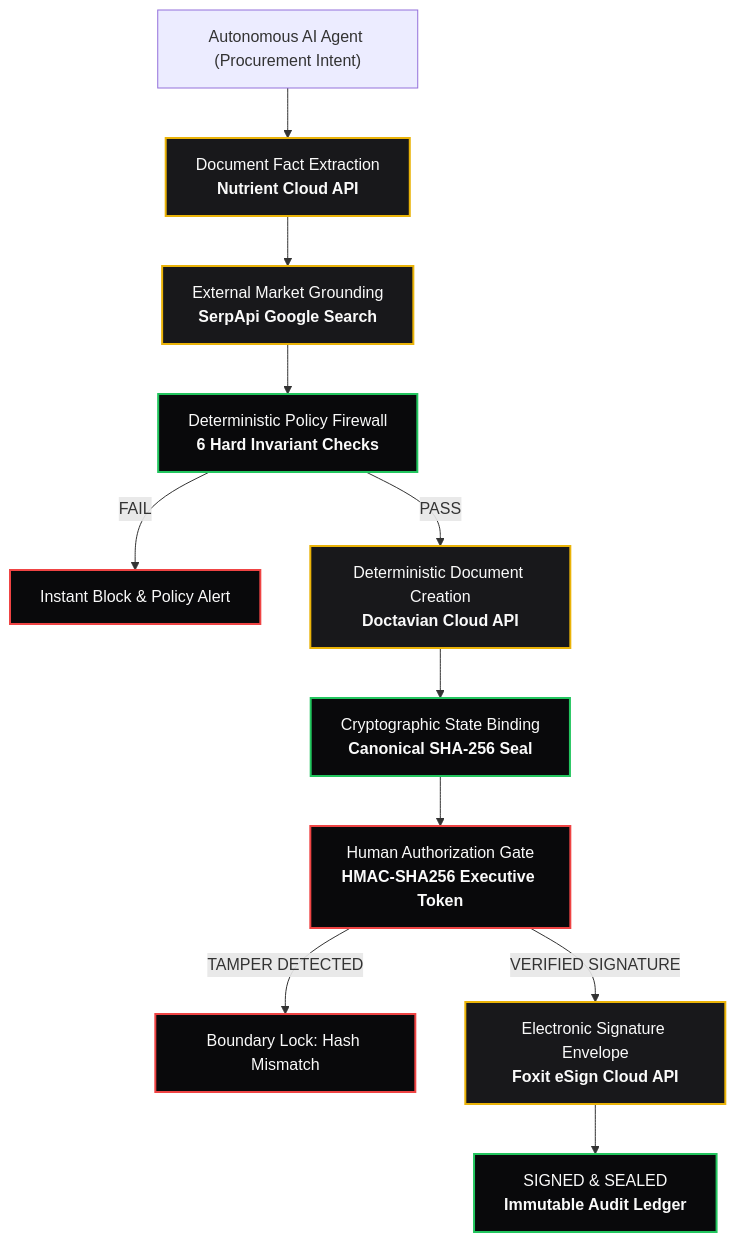
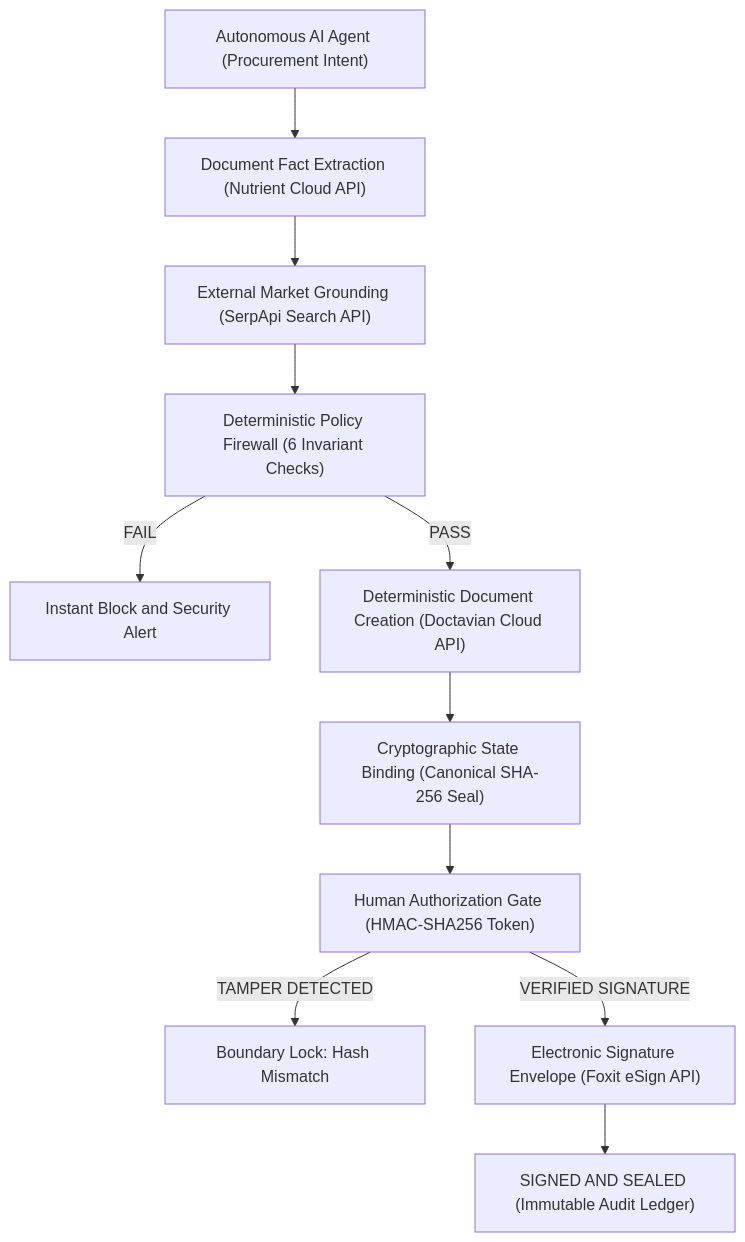
One commit to codertoji-spec/SOVEREIGNGUARD changed the diagram in README.md. Above: the diagram before and after it, drawn with Mermaid.

Commit message:
fix(docs): fix Mermaid diagram syntax for GitHub rendering compatibility

````diff
--- a/README.md
+++ b/README.md
@@ -69,21 +69,17 @@
 ```mermaid
 flowchart TD
-    classDef sponsor fill:#18181b,stroke:#eab308,stroke-width:2px,color:#fafafa;
-    classDef core fill:#09090b,stroke:#22c55e,stroke-width:2px,color:#fafafa;
-    classDef gate fill:#09090b,stroke:#ef4444,stroke-width:2px,color:#fafafa;
-
-    A["Autonomous AI Agent (Procurement Intent)"] --> B["Document Fact Extraction<br/><b>Nutrient Cloud API</b>"]:::sponsor
-    B --> C["External Market Grounding<br/><b>SerpApi Google Search</b>"]:::sponsor
-    C --> D["Deterministic Policy Firewall<br/><b>6 Hard Invariant Checks</b>"]:::core
+    A["Autonomous AI Agent (Procurement Intent)"] --> B["Document Fact Extraction (Nutrient Cloud API)"]
+    B --> C["External Market Grounding (SerpApi Search API)"]
+    C --> D["Deterministic Policy Firewall (6 Invariant Checks)"]
     
-    D -->|FAIL| E["Instant Block & Policy Alert"]:::gate
-    D -->|PASS| F["Deterministic Document Creation<br/><b>Doctavian Cloud API</b>"]:::sponsor
+    D -->|FAIL| E["Instant Block and Security Alert"]
+    D -->|PASS| F["Deterministic Document Creation (Doctavian Cloud API)"]
     
-    F --> G["Cryptographic State Binding<br/><b>Canonical SHA-256 Seal</b>"]:::core
-    G --> H["Human Authorization Gate<br/><b>HMAC-SHA256 Executive Token</b>"]:::gate
+    F --> G["Cryptographic State Binding (Canonical SHA-256 Seal)"]
+    G --> H["Human Authorization Gate (HMAC-SHA256 Token)"]
     
-    H -->|TAMPER DETECTED| I["Boundary Lock: Hash Mismatch"]:::gate
-    H -->|VERIFIED SIGNATURE| J["Electronic Signature Envelope<br/><b>Foxit eSign Cloud API</b>"]:::sponsor
+    H -->|TAMPER DETECTED| I["Boundary Lock: Hash Mismatch"]
+    H -->|VERIFIED SIGNATURE| J["Electronic Signature Envelope (Foxit eSign API)"]
     
-    J --> K["SIGNED & SEALED<br/><b>Immutable Audit Ledger</b>"]:::core
+    J --> K["SIGNED AND SEALED (Immutable Audit Ledger)"]
 ```
````
